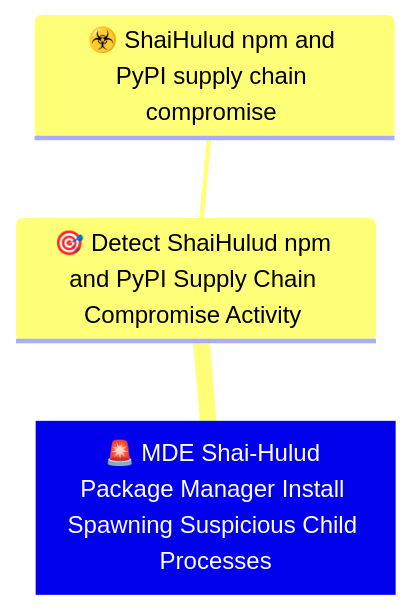
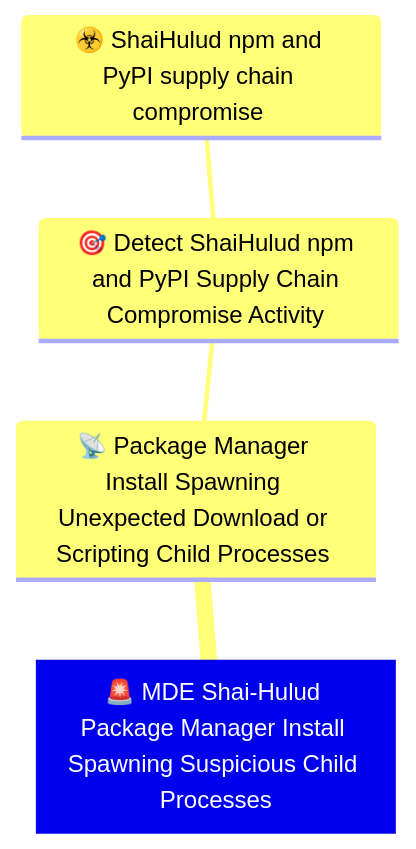
One commit to OpenTideHQ/WikiTide changed the diagram in Models/Detection Rules/🚨 MDE Shai-Hulud Package Manager Install Spawning Suspicious Child Processes.md. Above: the diagram before and after it, drawn with Mermaid. The commit also changed other lines of this file and 23 other files, not shown here.

````diff
--- a/Models/Detection Rules/🚨 MDE Shai-Hulud Package Manager Install Spawning Suspicious Child Processes.md
+++ b/Models/Detection Rules/🚨 MDE Shai-Hulud Package Manager Install Spawning Suspicious Child Processes.md
@@ -41,11 +41,13 @@
 ```mermaid
 
 mindmap
 Root[🚨 MDE Shai-Hulud Package Manager Install Spawning Suspicious Child Processes]
     
-      🎯 Detect ShaiHulud npm and PyPI Supply Chain Compromise Activity 
-          ☣️ ShaiHulud npm and PyPI supply chain compromise 
+      📡 Package Manager Install Spawning Unexpected Download or Scripting Child Processes 
+          🎯 Detect ShaiHulud npm and PyPI Supply Chain Compromise Activity 
+              ☣️ ShaiHulud npm and PyPI supply chain compromise 
+        
     
 
 
 ```
````
